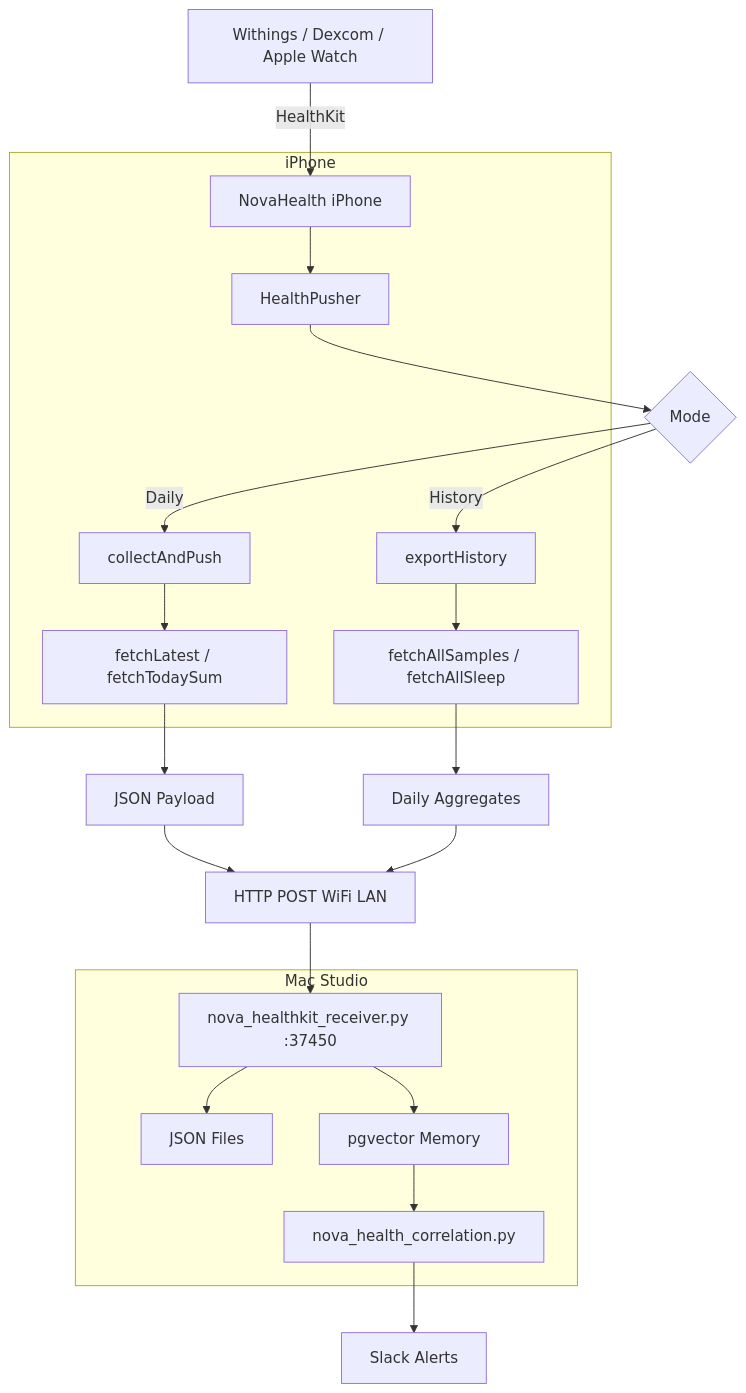
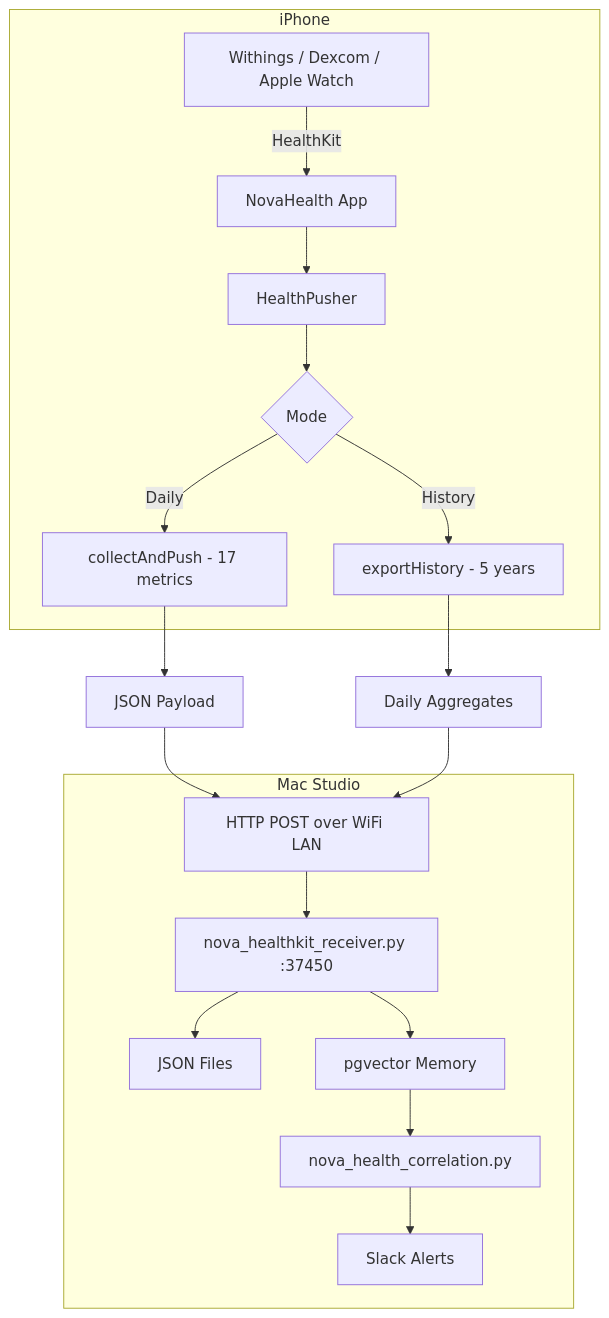
One commit to kochj23/NovaHealth changed the first of 2 diagrams in README.md. Above: the diagram before and after it, drawn with Mermaid. The commit also changed other lines of this file, not shown here.

Commit message:
docs: Rewrite README with mermaid architecture diagrams

````diff
--- a/README.md
+++ b/README.md
@@ -196,35 +16,23 @@
 ```mermaid
 graph TD
-    A[Withings / Dexcom / Apple Watch] -->|HealthKit| B[NovaHealth iPhone]
-    B --> C[HealthPusher]
-    C --> D{Mode}
-    D -->|Daily| E[collectAndPush]
-    D -->|History| F[exportHistory]
-    E --> G[fetchLatest / fetchTodaySum]
-    F --> H[fetchAllSamples / fetchAllSleep]
-    G --> I[JSON Payload]
-    H --> J[Daily Aggregates]
-    I --> K[HTTP POST WiFi LAN]
-    J --> K
-    K --> L[nova_healthkit_receiver.py :37450]
-    L --> M[JSON Files]
-    L --> N[pgvector Memory]
-    N --> O[nova_health_correlation.py]
-    O --> P[Slack Alerts]
-    
     subgraph iPhone
-        B
-        C
-        E
-        F
-        G
-        H
+        A[Withings / Dexcom / Apple Watch] -->|HealthKit| B[NovaHealth App]
+        B --> C[HealthPusher]
+        C --> D{Mode}
+        D -->|Daily| E[collectAndPush - 17 metrics]
+        D -->|History| F[exportHistory - 5 years]
     end
-    
-    subgraph Mac Studio
-        L
-        M
-        N
-        O
+
+    E --> G[JSON Payload]
+    F --> H[Daily Aggregates]
+    G --> I[HTTP POST over WiFi LAN]
+    H --> I
+
+    subgraph Mac["Mac Studio"]
+        I --> J[nova_healthkit_receiver.py :37450]
+        J --> K[JSON Files]
+        J --> L[pgvector Memory]
+        L --> M[nova_health_correlation.py]
+        M --> N[Slack Alerts]
     end
 ```
````
